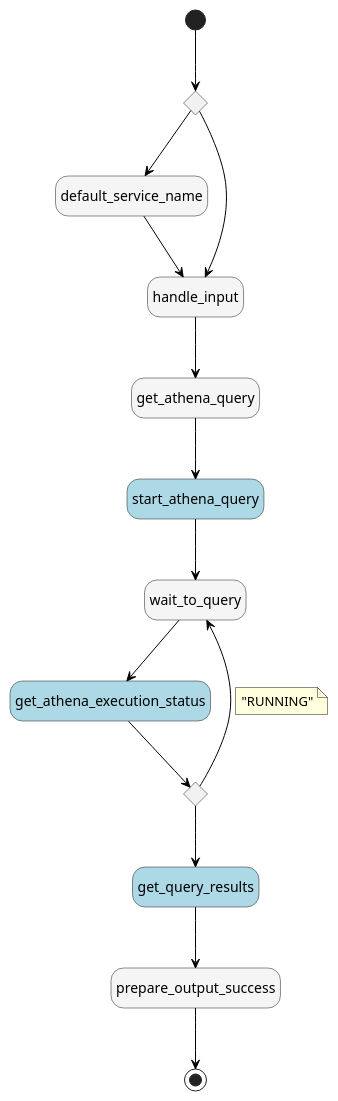
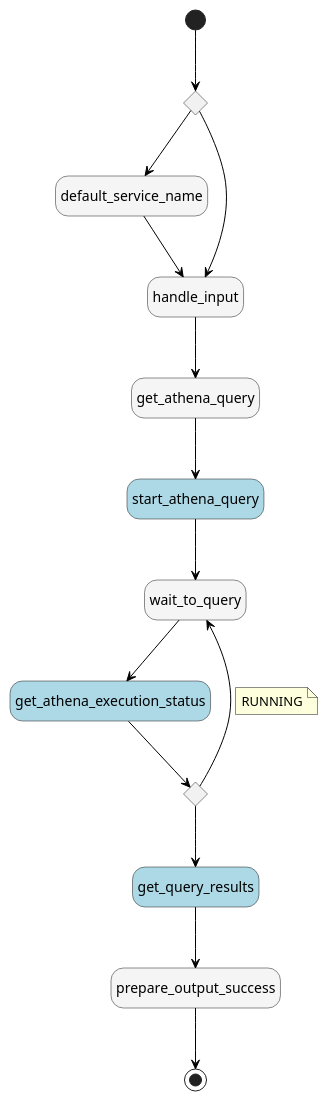
Before and after one commit to massfords/asl-puml: the diagram in src/__tests__/pumls/aws-example-execute_athena_query.asl.puml, drawn with PlantUML. The commit also changed 1 other file, not shown here.

```diff
--- a/src/__tests__/pumls/aws-example-execute_athena_query.asl.puml
+++ b/src/__tests__/pumls/aws-example-execute_athena_query.asl.puml
@@ -1,45 +1,45 @@
 @startuml
 hide empty description
 skinparam ArrowColor #black
 skinparam state {
 
     BackgroundColor<<Choice>> #whitesmoke
     FontColor<<Choice>> automatic
 
     BackgroundColor<<aslPass>> #whitesmoke
     FontColor<<aslPass>> automatic
 
     BackgroundColor<<aslTask>> #lightblue
     FontColor<<aslTask>> automatic
 
     BackgroundColor<<aslWait>> #whitesmoke
     FontColor<<aslWait>> automatic
     BackgroundColor<<Compensate>> #orange
 }
 state "confirm_service_name" as state1<<Choice>>
 state "default_service_name" as state2<<aslPass>>
 state "handle_input" as state3<<aslPass>>
 state "get_athena_query" as state4<<aslPass>>
 state "start_athena_query" as state5<<aslTask>>
 state "wait_to_query" as state6<<aslWait>>
 state "get_athena_execution_status" as state7<<aslTask>>
 state "is_query_finished" as state8<<Choice>>
 state "get_query_results" as state9<<aslTask>>
 state "prepare_output_success" as state10<<aslPass>>
 [*] --> state1
 state1 --> state3
 state1 --> state2
 state2 --> state3
 state3 --> state4
 state4 --> state5
 state5 --> state6
 state6 --> state7
 state7 --> state8
 state8 --> state6
 note on link
-"RUNNING"
+RUNNING
 end note
 state8 --> state9
 state9 --> state10
 state10 --> [*]
 @enduml
```
